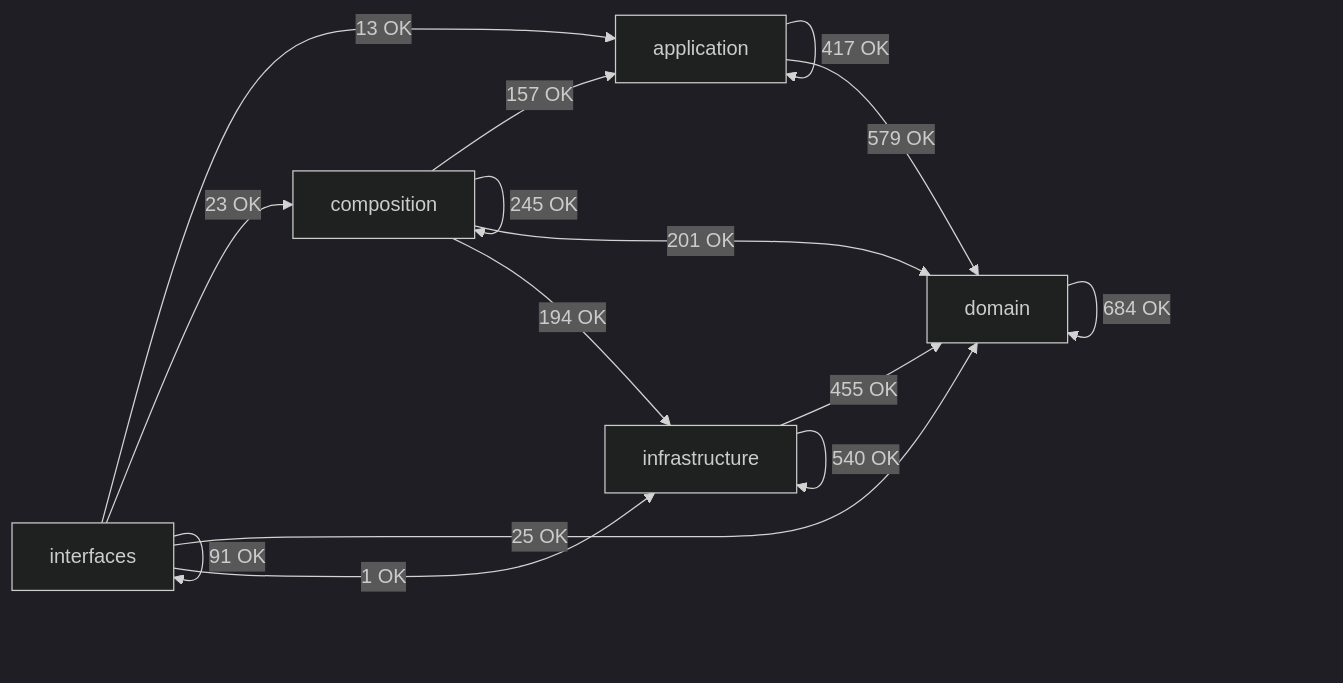
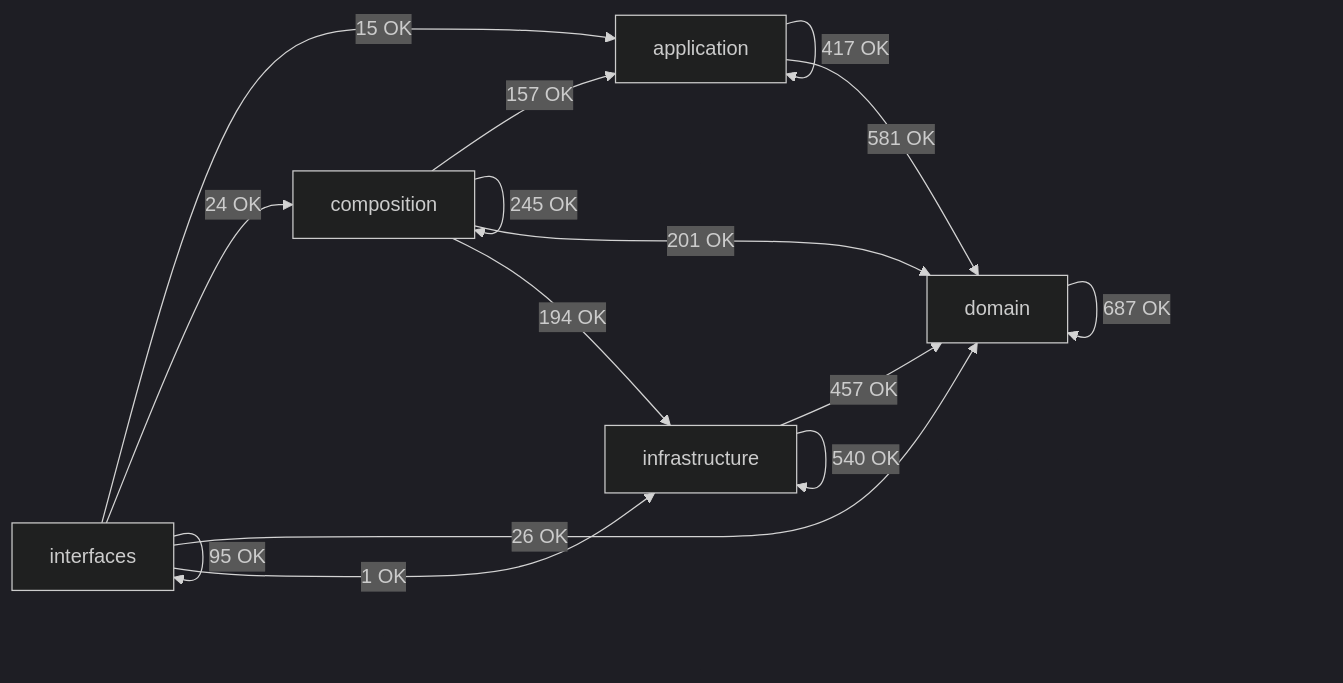
The diagram in docs/02-architecture/generated/module-dependency-map.md (SatoryKono/BioactivityDataAcquisition), drawn with Mermaid (dark theme) before and after one commit. The commit also changed other lines of this file and 16 other files, not shown here.

````diff
--- a/docs/02-architecture/generated/module-dependency-map.md
+++ b/docs/02-architecture/generated/module-dependency-map.md
@@ -16,22 +16,22 @@
 ```mermaid
 flowchart LR
     domain[domain]
     application[application]
     infrastructure[infrastructure]
     composition[composition]
     interfaces[interfaces]
     application -->|417 OK| application
-    application -->|579 OK| domain
+    application -->|581 OK| domain
     composition -->|157 OK| application
     composition -->|245 OK| composition
     composition -->|201 OK| domain
     composition -->|194 OK| infrastructure
-    domain -->|684 OK| domain
-    infrastructure -->|455 OK| domain
+    domain -->|687 OK| domain
+    infrastructure -->|457 OK| domain
     infrastructure -->|540 OK| infrastructure
-    interfaces -->|13 OK| application
-    interfaces -->|23 OK| composition
-    interfaces -->|25 OK| domain
+    interfaces -->|15 OK| application
+    interfaces -->|24 OK| composition
+    interfaces -->|26 OK| domain
     interfaces -->|1 OK| infrastructure
-    interfaces -->|91 OK| interfaces
+    interfaces -->|95 OK| interfaces
 ```
````
